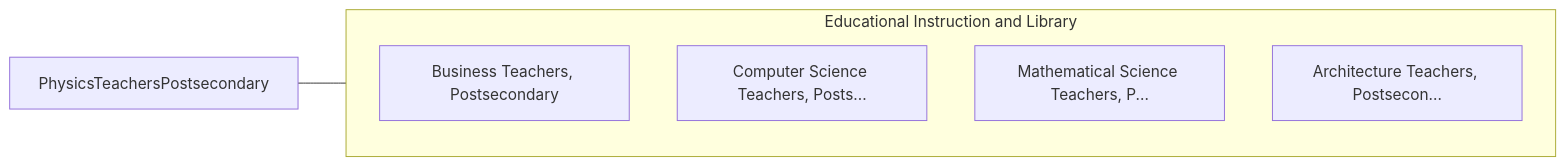
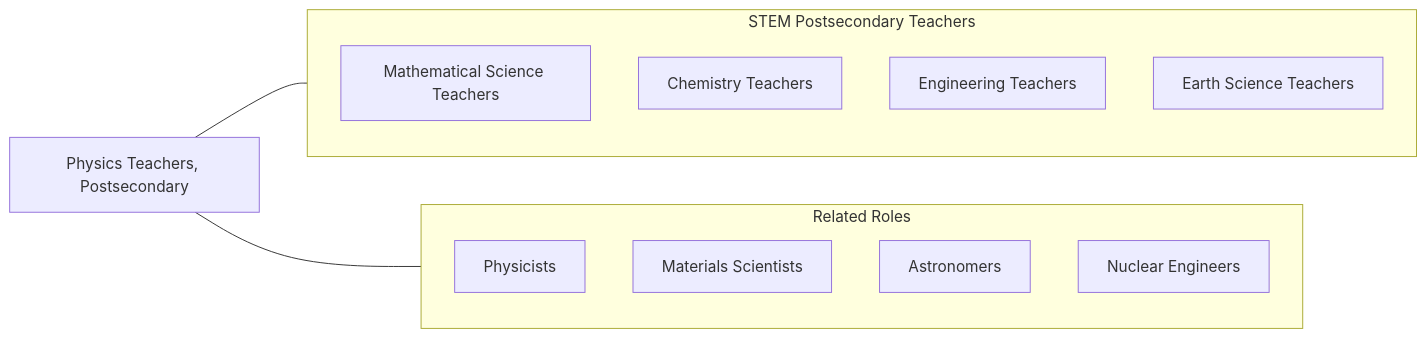
The fourth of 4 diagrams in occupations/Education/PhysicsTeachersPostsecondary.mdx (kziemski/business.org.ai), drawn with Mermaid before and after one commit. The commit also changed other lines of this file and 938 other files, not shown here.

````diff
--- a/occupations/Education/PhysicsTeachersPostsecondary.mdx
+++ b/occupations/Education/PhysicsTeachersPostsecondary.mdx
@@ -89,13 +181,21 @@
 ```mermaid
 graph LR
-    Current["PhysicsTeachersPostsecondary"]
+    Current["Physics Teachers, Postsecondary"]
 
-    subgraph SameCategory["Educational Instruction and Library"]
-        BusinessTeachersPost["Business Teachers, Postsecondary"]
-        ComputerScienceTeach["Computer Science Teachers, Posts..."]
-        MathematicalScienceT["Mathematical Science Teachers, P..."]
-        ArchitectureTeachers["Architecture Teachers, Postsecon..."]
+    subgraph SameCategory["STEM Postsecondary Teachers"]
+        Math["Mathematical Science Teachers"]
+        Chemistry["Chemistry Teachers"]
+        Engineering["Engineering Teachers"]
+        EarthSci["Earth Science Teachers"]
+    end
+
+    subgraph CrossFunctional["Related Roles"]
+        Physicists["Physicists"]
+        MatSci["Materials Scientists"]
+        Astronomers["Astronomers"]
+        NuclearEng["Nuclear Engineers"]
     end
 
     Current --- SameCategory
+    Current --- CrossFunctional
 ```
````
